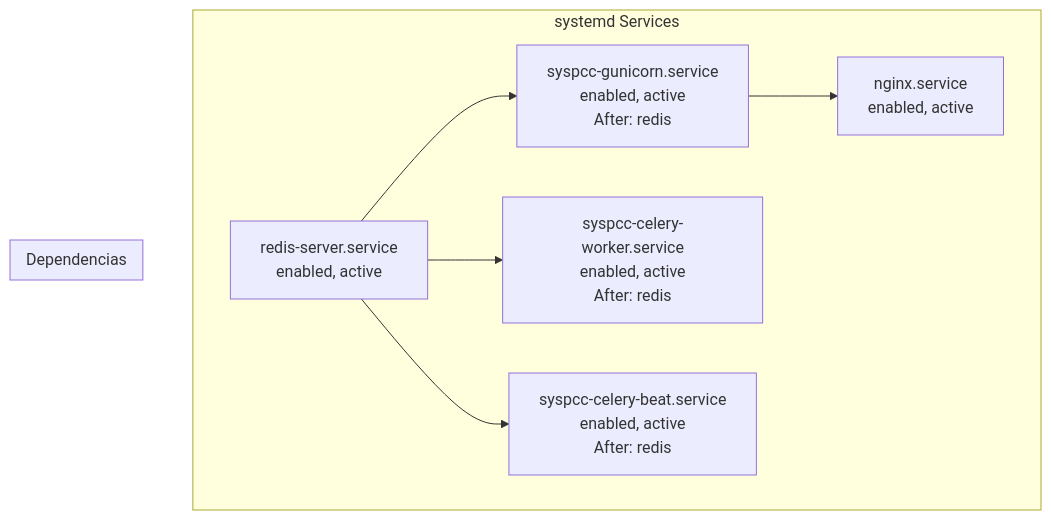
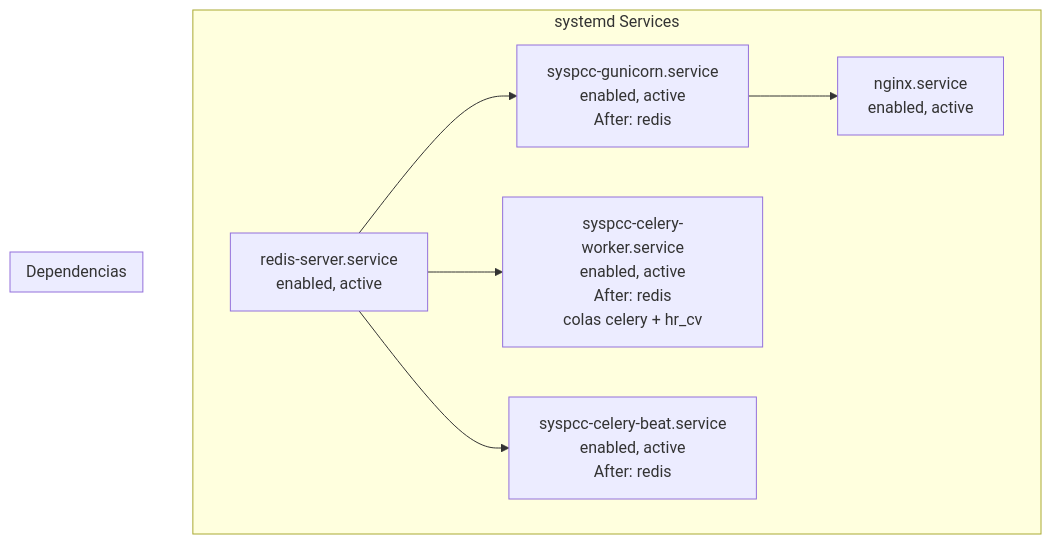
One commit to pccpegit/SYSPCCLOG changed the sixth of 10 diagrams in docs/05_Guia_Despliegue_y_Produccion.md. Above: the diagram before and after it, drawn with Mermaid. The commit also changed other lines of this file and 42 other files, not shown here.

````diff
--- a/docs/05_Guia_Despliegue_y_Produccion.md
+++ b/docs/05_Guia_Despliegue_y_Produccion.md
@@ -635,17 +701,17 @@
 ```mermaid
 graph TB
     subgraph "systemd Services"
         NG_SVC["nginx.service<br/>enabled, active"]
         RD_SVC["redis-server.service<br/>enabled, active"]
         GU_SVC["syspcc-gunicorn.service<br/>enabled, active<br/>After: redis"]
-        CW_SVC["syspcc-celery-worker.service<br/>enabled, active<br/>After: redis"]
+        CW_SVC["syspcc-celery-worker.service<br/>enabled, active<br/>After: redis<br/>colas celery + hr_cv"]
         CB_SVC["syspcc-celery-beat.service<br/>enabled, active<br/>After: redis"]
     end
 
     subgraph "Dependencias"
         RD_SVC --> GU_SVC
         RD_SVC --> CW_SVC
         RD_SVC --> CB_SVC
         GU_SVC --> NG_SVC
     end
 ```
````
